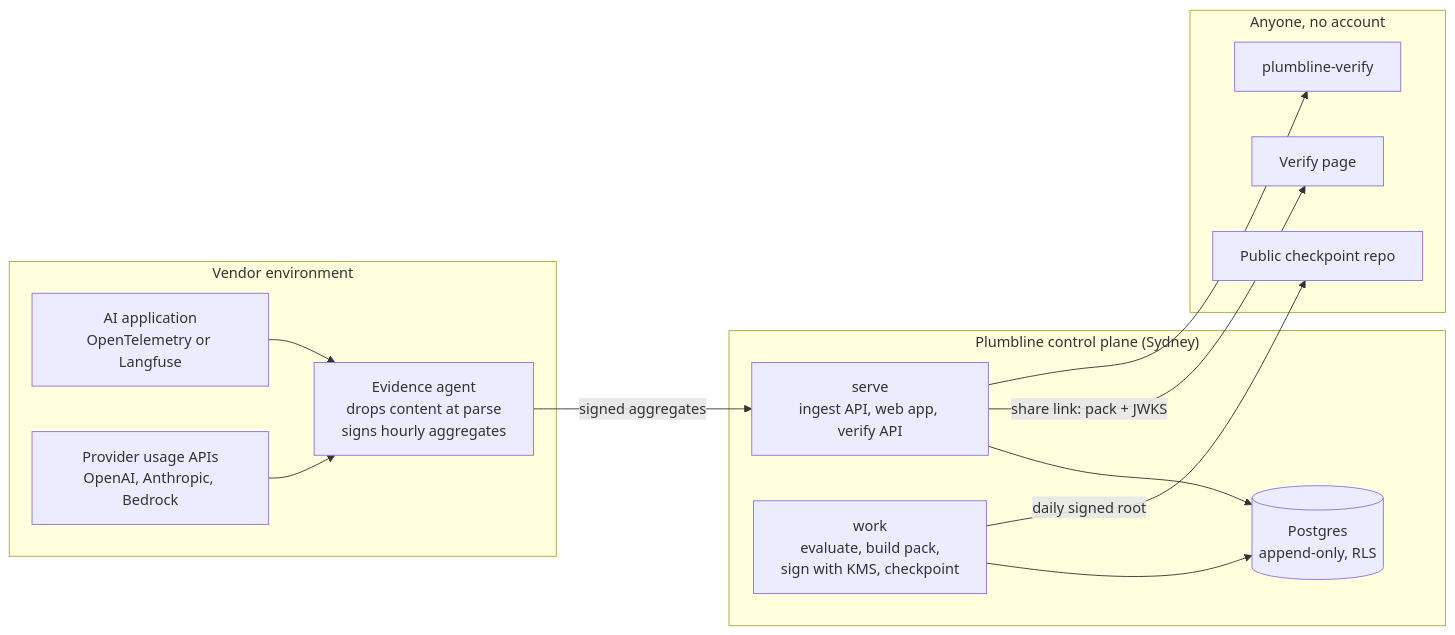
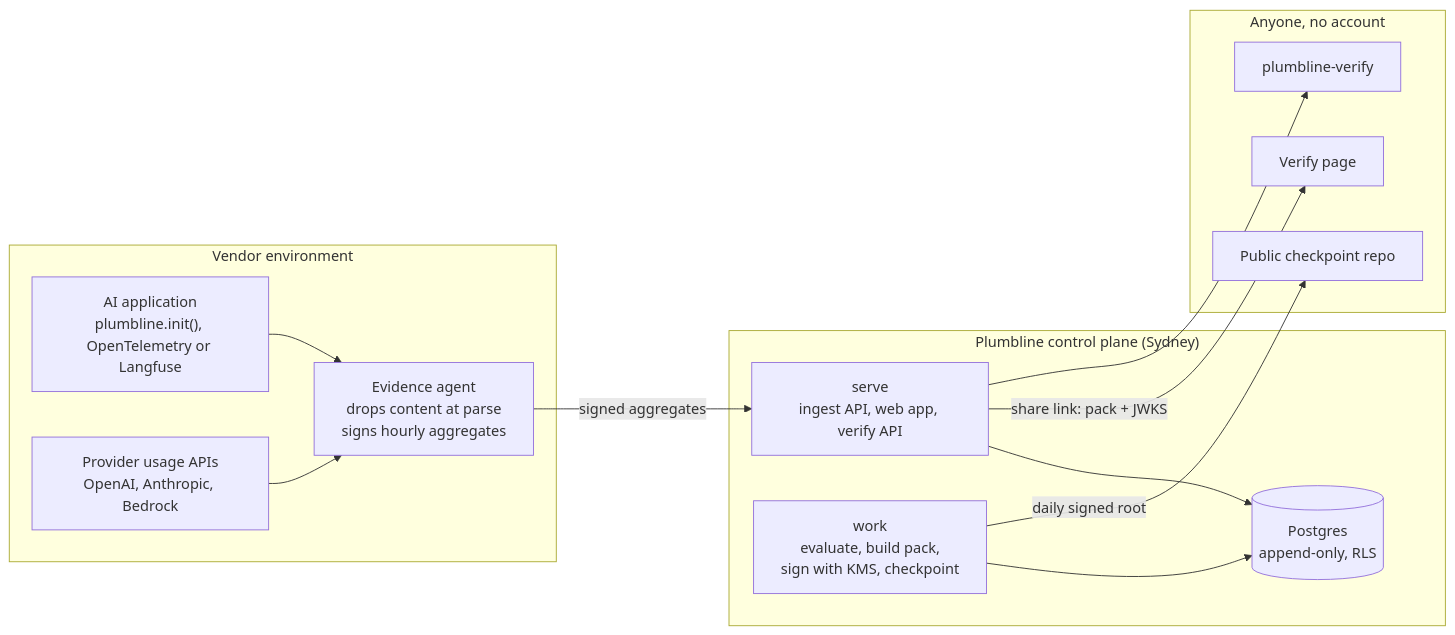
One commit to Lumetrix-Advanced-Technologies/tellproof-cloud changed the diagram in README.md. Above: the diagram before and after it, drawn with Mermaid. The commit also changed other lines of this file and 23 other files, not shown here.

First line of the commit message:
S-1: Python SDK core (plumbline.init, helpers, bounded exporter)

````diff
--- a/README.md
+++ b/README.md
@@ -147,20 +149,20 @@
 ```mermaid
 flowchart LR
   subgraph vendor["Vendor environment"]
-    app["AI application<br/>OpenTelemetry or Langfuse"] --> agent["Evidence agent<br/>drops content at parse<br/>signs hourly aggregates"]
+    app["AI application<br/>plumbline.init(), OpenTelemetry or Langfuse"] --> agent["Evidence agent<br/>drops content at parse<br/>signs hourly aggregates"]
     usage["Provider usage APIs<br/>OpenAI, Anthropic, Bedrock"] --> agent
   end
   subgraph cp["Plumbline control plane (Sydney)"]
     serve["serve<br/>ingest API, web app, verify API"] --> db[("Postgres<br/>append-only, RLS")]
     work["work<br/>evaluate, build pack,<br/>sign with KMS, checkpoint"] --> db
   end
   subgraph anyone["Anyone, no account"]
     page["Verify page"]
     cli["plumbline-verify"]
     repo["Public checkpoint repo"]
   end
   agent -- "signed aggregates" --> serve
   serve -- "share link: pack + JWKS" --> page
   serve --> cli
   work -- "daily signed root" --> repo
 ```
````
